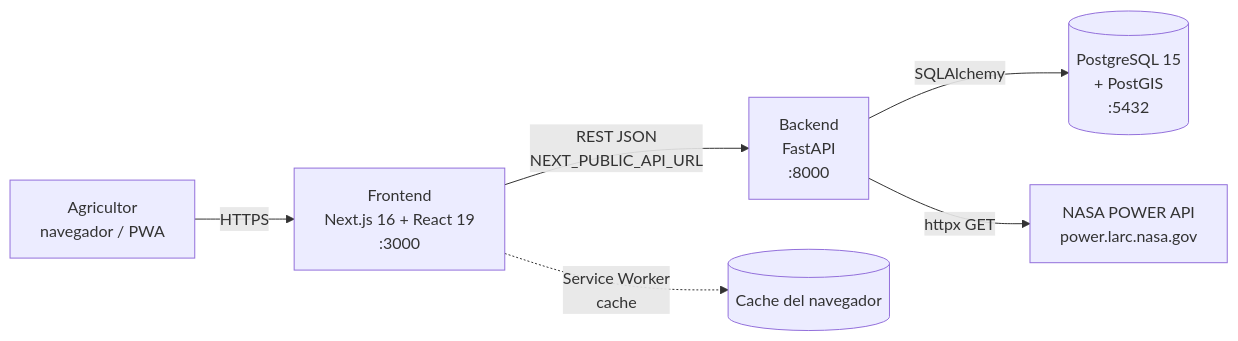
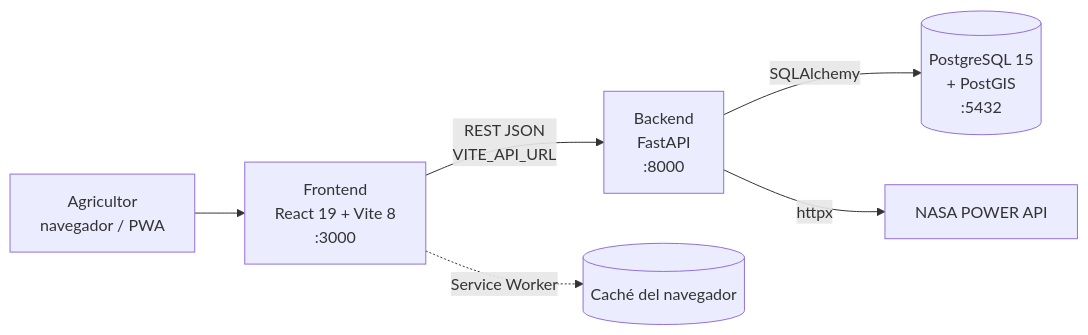
Before and after one commit to Maurongas/AgroBytes: the first of 3 diagrams in docs/ARQUITECTURA.md, drawn with Mermaid. The commit also changed other lines of this file and 105 other files, not shown here.

First line of the commit message:
chore: arquitectura definitiva v2.0 (frontend único, contrato /analyses, estructura backend)

````diff
--- a/docs/ARQUITECTURA.md
+++ b/docs/ARQUITECTURA.md
@@ -37,8 +43,8 @@
 ```mermaid
 flowchart LR
-    U[Agricultor<br/>navegador / PWA] -->|HTTPS| FE[Frontend<br/>Next.js 16 + React 19<br/>:3000]
-    FE -->|REST JSON<br/>NEXT_PUBLIC_API_URL| BE[Backend<br/>FastAPI<br/>:8000]
+    U[Agricultor<br/>navegador / PWA] --> FE[Frontend<br/>React 19 + Vite 8<br/>:3000]
+    FE -->|REST JSON<br/>VITE_API_URL| BE[Backend<br/>FastAPI<br/>:8000]
     BE -->|SQLAlchemy| DB[(PostgreSQL 15<br/>+ PostGIS<br/>:5432)]
-    BE -->|httpx GET| NASA[NASA POWER API<br/>power.larc.nasa.gov]
-    FE -.->|Service Worker<br/>cache| SW[(Cache del navegador)]
+    BE -->|httpx| NASA[NASA POWER API]
+    FE -.->|Service Worker| SW[(Caché del navegador)]
 ```
````
